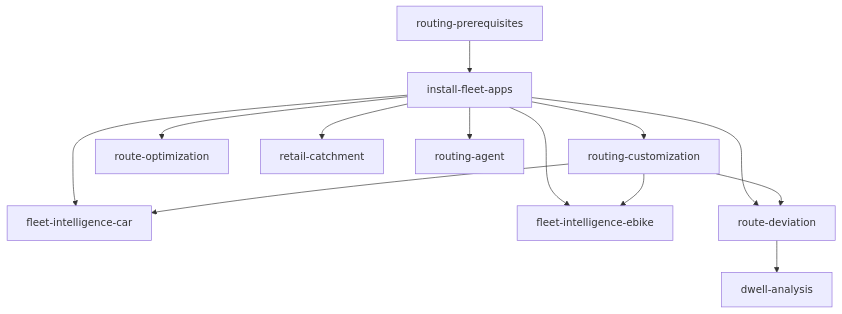
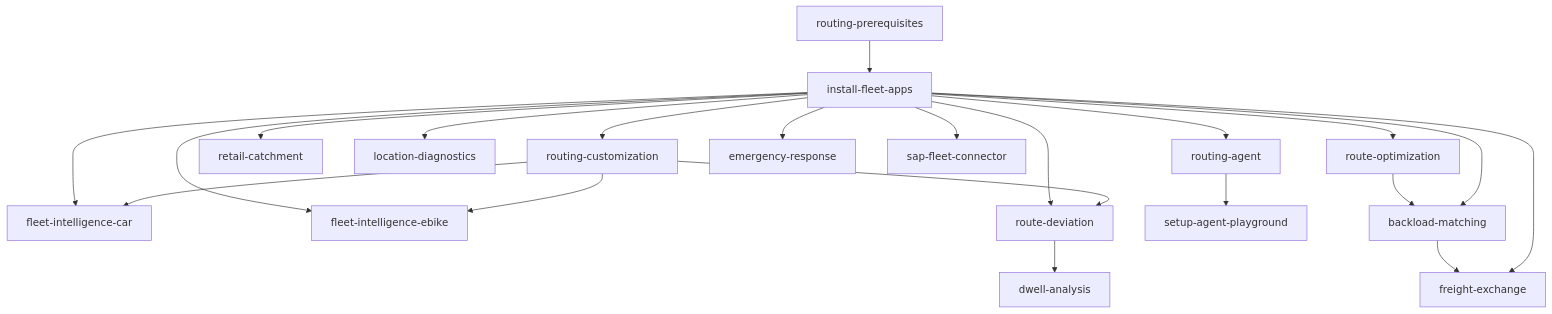
The diagram in README.md (Snowflake-Labs/sfguide-create-a-route-optimisation-and-vehicle-route-plan-simulator), drawn with Mermaid before and after one commit. The commit also changed other lines of this file, not shown here.

Commit message:
docs(README): cover all demo skills (location-diagnostics, backload-matching, freight-exchange, emergency-response) + SAP connector

````diff
--- a/README.md
+++ b/README.md
@@ -193,15 +203,23 @@
 ```mermaid
 graph TD
     RP[routing-prerequisites] --> IFA[install-fleet-apps]
     IFA --> RC[routing-customization]
     IFA --> RO[route-optimization]
     IFA --> FIT[fleet-intelligence-car]
     IFA --> FIFD[fleet-intelligence-ebike]
     IFA --> RET[retail-catchment]
+    IFA --> LD[location-diagnostics]
     IFA --> RD[route-deviation]
     IFA --> RA[routing-agent]
+    IFA --> ER[emergency-response]
+    IFA --> SFC[sap-fleet-connector]
+    RA --> SAP[setup-agent-playground]
+    RO --> BM[backload-matching]
+    IFA --> BM
+    BM --> FX[freight-exchange]
+    IFA --> FX
     RC --> FIT
     RC --> FIFD
     RC --> RD
     RD --> DA[dwell-analysis]
 ```
````
